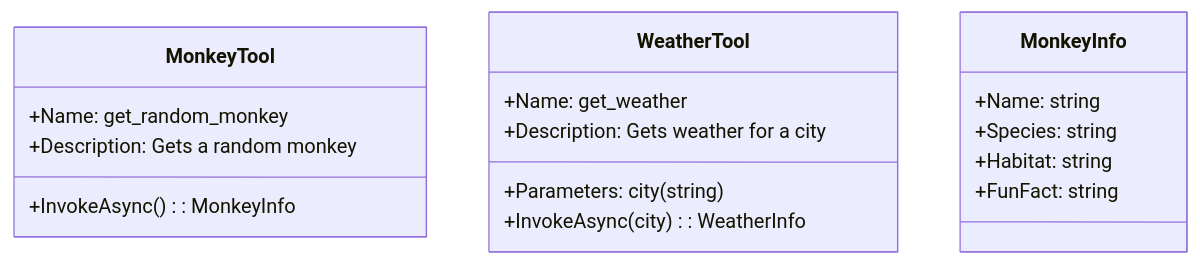
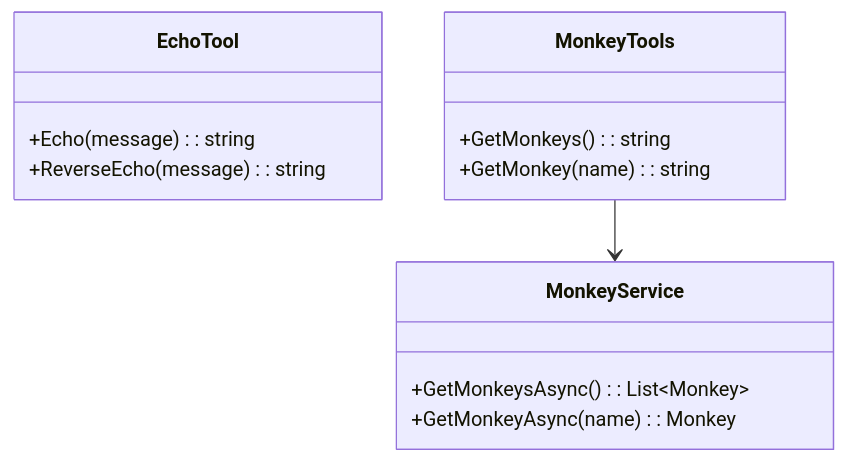
Before and after one commit to mgliot/AI.Workshop: the fourth of 7 diagrams in docs/AI.Workshop.MCP.md, drawn with Mermaid. The commit also changed other lines of this file and 9 other files, not shown here.

````diff
--- a/docs/AI.Workshop.MCP.md
+++ b/docs/AI.Workshop.MCP.md
@@ -96,22 +92,19 @@
 ```mermaid
 classDiagram
-    class MonkeyTool {
-        +Name: get_random_monkey
-        +Description: Gets a random monkey
-        +InvokeAsync(): MonkeyInfo
+    class EchoTool {
+        +Echo(message): string
+        +ReverseEcho(message): string
     }
     
-    class WeatherTool {
-        +Name: get_weather
-        +Description: Gets weather for a city
-        +Parameters: city (string)
-        +InvokeAsync(city): WeatherInfo
+    class MonkeyTools {
+        +GetMonkeys(): string
+        +GetMonkey(name): string
     }
     
-    class MonkeyInfo {
-        +Name: string
-        +Species: string
-        +Habitat: string
-        +FunFact: string
+    class MonkeyService {
+        +GetMonkeysAsync(): List~Monkey~
+        +GetMonkeyAsync(name): Monkey
     }
+    
+    MonkeyTools --> MonkeyService
 ```
````
